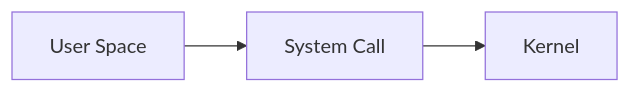
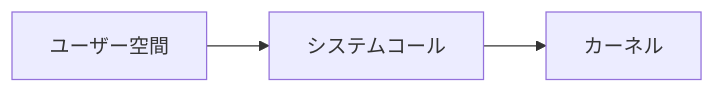
One commit to doguto/linux-kernel-internals-jp changed the diagram in docs/contributing.md. Above: the diagram before and after it, drawn with Mermaid. The commit also changed other lines of this file and 15 other files, not shown here.

````diff
--- a/docs/contributing.md
+++ b/docs/contributing.md
@@ -127,5 +127,5 @@
 ```mermaid
 graph LR
-    A[User Space] --> B[System Call]
-    B --> C[Kernel]
+    A["ユーザー空間"] --> B["システムコール"]
+    B --> C["カーネル"]
 ```
````
